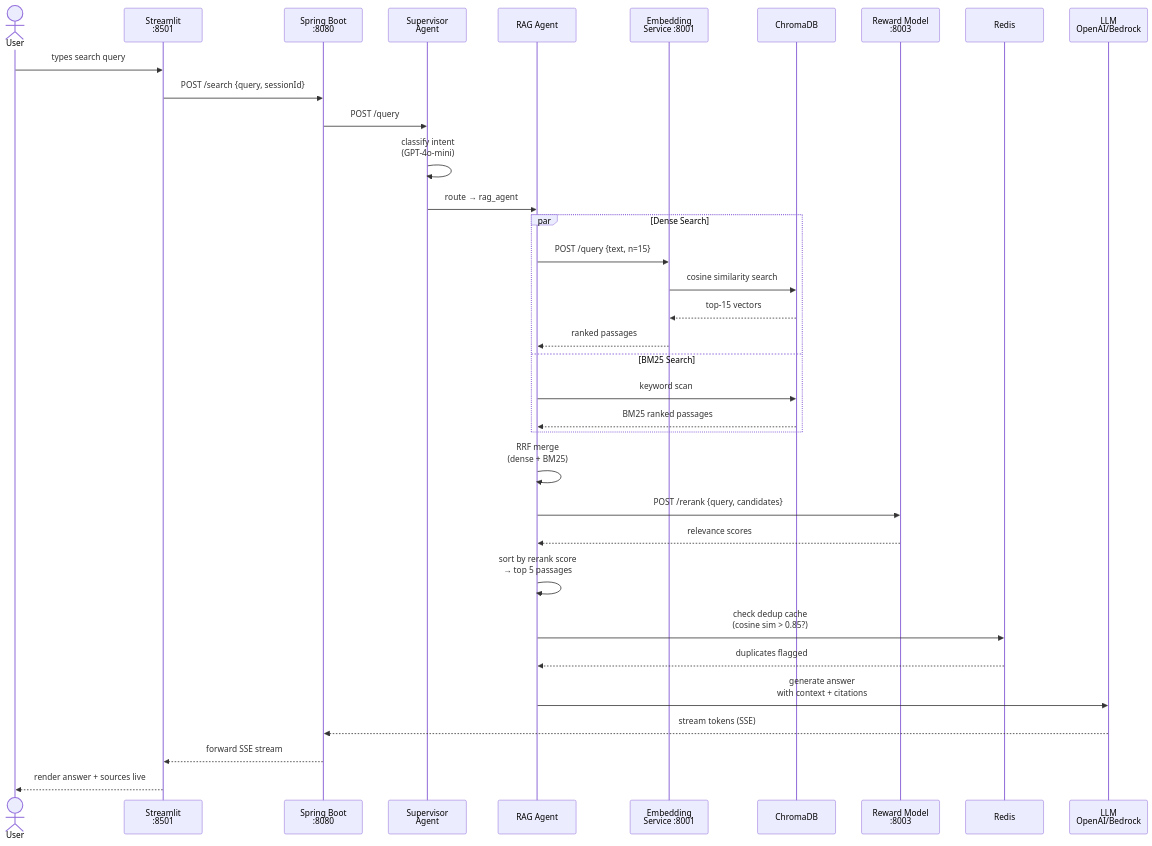
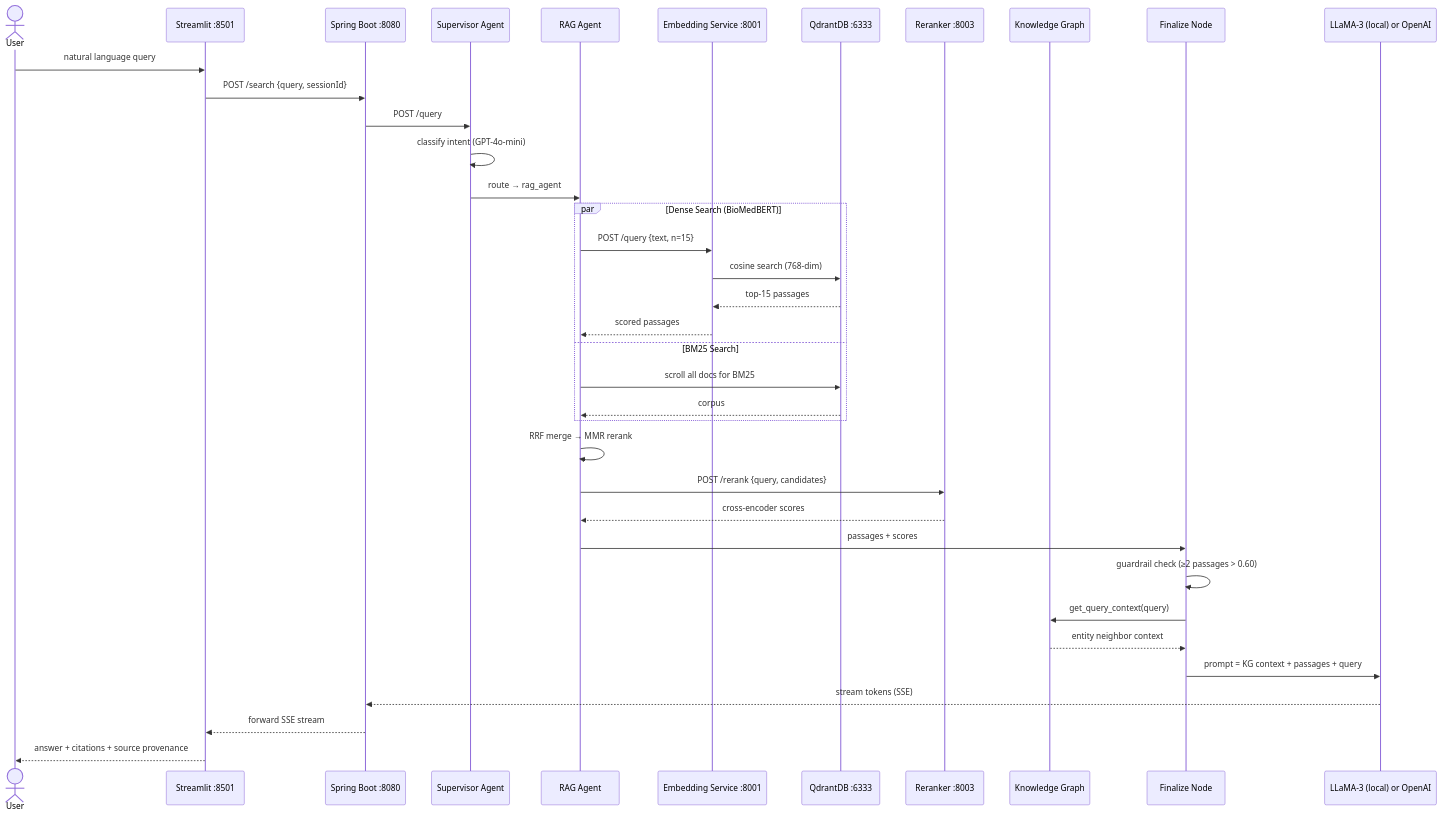
Before and after one commit to kunaljtamhane/MediQuery: the third of 5 diagrams in ARCHITECTURE.md, drawn with Mermaid. The commit also changed other lines of this file and 20 other files, not shown here.

````diff
--- a/ARCHITECTURE.md
+++ b/ARCHITECTURE.md
@@ -207,40 +261,43 @@
 ```mermaid
 sequenceDiagram
     actor User
-    participant ST  as Streamlit<br/>:8501
-    participant SB  as Spring Boot<br/>:8080
-    participant SUP as Supervisor<br/>Agent
+    participant ST  as Streamlit :8501
+    participant SB  as Spring Boot :8080
+    participant SUP as Supervisor Agent
     participant RA  as RAG Agent
-    participant EMB as Embedding<br/>Service :8001
-    participant DB  as ChromaDB
-    participant RM  as Reward Model<br/>:8003
-    participant RD  as Redis
-    participant LLM as LLM<br/>OpenAI/Bedrock
+    participant EMB as Embedding Service :8001
+    participant DB  as QdrantDB :6333
+    participant RE  as Reranker :8003
+    participant KG  as Knowledge Graph
+    participant FIN as Finalize Node
+    participant LLM as LLaMA-3 (local) or OpenAI
 
-    User->>ST: types search query
+    User->>ST: natural language query
     ST->>SB: POST /search {query, sessionId}
     SB->>SUP: POST /query
-    SUP->>SUP: classify intent<br/>(GPT-4o-mini)
+    SUP->>SUP: classify intent (GPT-4o-mini)
     SUP->>RA: route → rag_agent
 
-    par Dense Search
+    par Dense Search (BioMedBERT)
         RA->>EMB: POST /query {text, n=15}
-        EMB->>DB: cosine similarity search
-        DB-->>EMB: top-15 vectors
-        EMB-->>RA: ranked passages
+        EMB->>DB: cosine search (768-dim)
+        DB-->>EMB: top-15 passages
+        EMB-->>RA: scored passages
     and BM25 Search
-        RA->>DB: keyword scan
-        DB-->>RA: BM25 ranked passages
+        RA->>DB: scroll all docs for BM25
+        DB-->>RA: corpus
     end
 
-    RA->>RA: RRF merge<br/>(dense + BM25)
-    RA->>RM: POST /rerank {query, candidates}
-    RM-->>RA: relevance scores
-    RA->>RA: sort by rerank score<br/>→ top 5 passages
-    RA->>RD: check dedup cache<br/>(cosine sim > 0.85?)
-    RD-->>RA: duplicates flagged
-    RA->>LLM: generate answer<br/>with context + citations
+    RA->>RA: RRF merge → MMR rerank
+    RA->>RE: POST /rerank {query, candidates}
+    RE-->>RA: cross-encoder scores
+    RA->>FIN: passages + scores
+
+    FIN->>FIN: guardrail check (≥2 passages > 0.60)
+    FIN->>KG: get_query_context(query)
+    KG-->>FIN: entity neighbor context
+    FIN->>LLM: prompt = KG context + passages + query
     LLM-->>SB: stream tokens (SSE)
     SB-->>ST: forward SSE stream
-    ST-->>User: render answer + sources live
+    ST-->>User: answer + citations + source provenance
 ```
````
